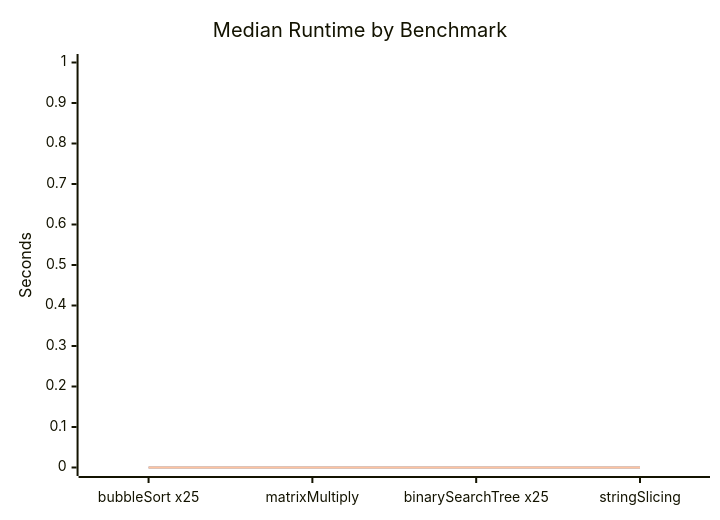
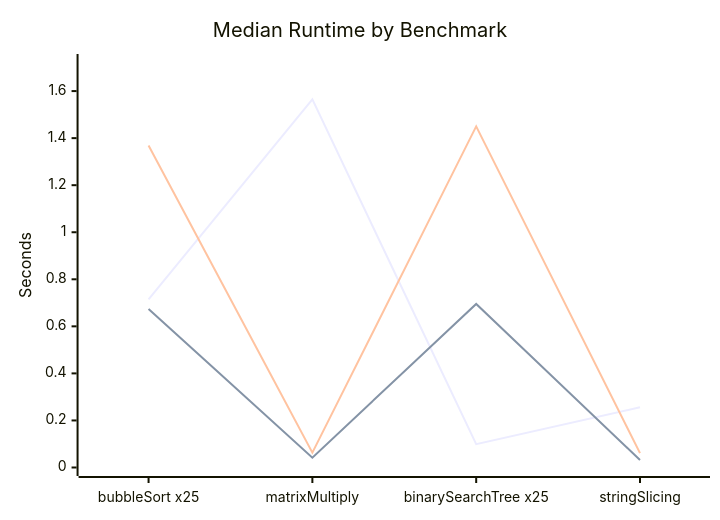
The diagram in README.md (GiavaScript/GiavaScript), drawn with Mermaid before and after one commit. The commit also changed 2 other files, not shown here.

Commit message:
chore: update benchmark results

````diff
--- a/README.md
+++ b/README.md
@@ -77,9 +77,9 @@
 ```mermaid
 xychart-beta
     title "Median Runtime by Benchmark"
     x-axis ["bubbleSort x25", "matrixMultiply", "binarySearchTree x25", "stringSlicing"]
-    y-axis "Seconds" 0 --> 1
-    line "GiavaScript" [0, 0, 0, 0]
-    line "Node LTS" [0, 0, 0, 0]
-    line "Node 0.12.18" [0, 0, 0, 0]
+    y-axis "Seconds" 0 --> 1.7215
+    line "GiavaScript" [0.715, 1.565, 0.099, 0.256]
+    line "Node LTS v24.15.0" [0.674, 0.042, 0.695, 0.032]
+    line "Node 0.12.18" [1.369, 0.063, 1.45, 0.061]
 ```
````
